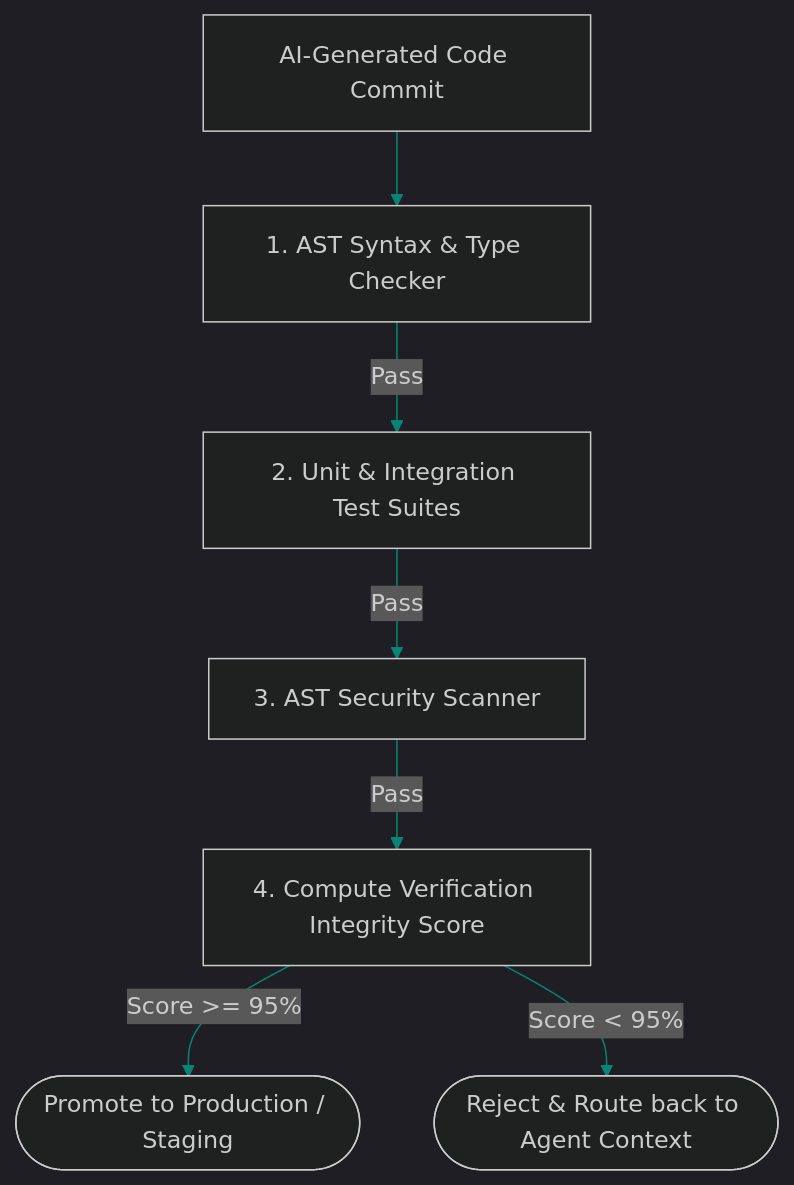
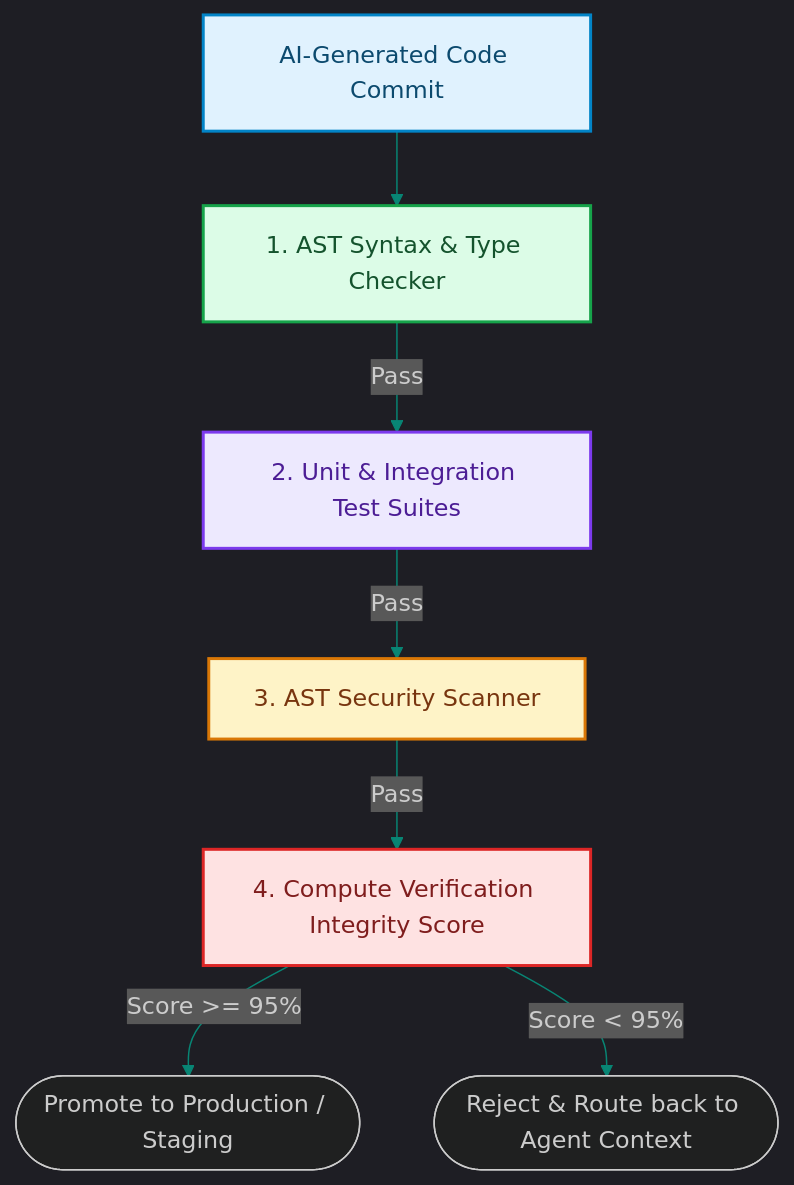
The diagram in blog/posts/team-lead-verification-architect-test-gates.md (akmalkhaniub/akmalkhaniub.github.io), drawn with Mermaid before and after one commit. The commit also changed other lines of this file and 1291 other files, not shown here.

First line of the commit message:
feat(catalog): unique covers, scholarly references, and diagram palettes

````diff
--- a/blog/posts/team-lead-verification-architect-test-gates.md
+++ b/blog/posts/team-lead-verification-architect-test-gates.md
@@ -16,11 +16,22 @@
 ```mermaid
 %%{init: {'theme': 'dark', 'themeVariables': { 'primaryColor': '#088574', 'primaryTextColor': '#f3f4f6', 'primaryBorderColor': '#0db49b', 'lineColor': '#088574', 'secondaryColor': '#111827', 'tertiaryColor': '#0b0f19'}}}%%
 flowchart TD
-    Code[AI-Generated Code Commit] --> AST[1. AST Syntax & Type Checker]
-    AST -->|Pass| Unit[2. Unit & Integration Test Suites]
-    Unit -->|Pass| Sec[3. AST Security Scanner]
-    Sec -->|Pass| Score[4. Compute Verification Integrity Score]
+    Code["AI-Generated Code Commit"] --> AST["1. AST Syntax & Type Checker"]
+    AST -->|Pass| Unit["2. Unit & Integration Test Suites"]
+    Unit -->|Pass| Sec["3. AST Security Scanner"]
+    Sec -->|Pass| Score["4. Compute Verification Integrity Score"]
     
     Score -->|Score >= 95%| PassGate([Promote to Production / Staging])
     Score -->|Score < 95%| RejectGate([Reject & Route back to Agent Context])
+
+classDef green fill:#dcfce7,stroke:#16a34a,stroke-width:2px,color:#14532d;
+classDef red fill:#fee2e2,stroke:#dc2626,stroke-width:2px,color:#7f1d1d;
+classDef blue fill:#e0f2fe,stroke:#0284c7,stroke-width:2px,color:#0c4a6e;
+classDef yellow fill:#fef3c7,stroke:#d97706,stroke-width:2px,color:#78350f;
+classDef purple fill:#ede9fe,stroke:#7c3aed,stroke-width:2px,color:#4c1d95;
+class Code blue
+class AST green
+class Unit purple
+class Sec yellow
+class Score red
 ```
````
